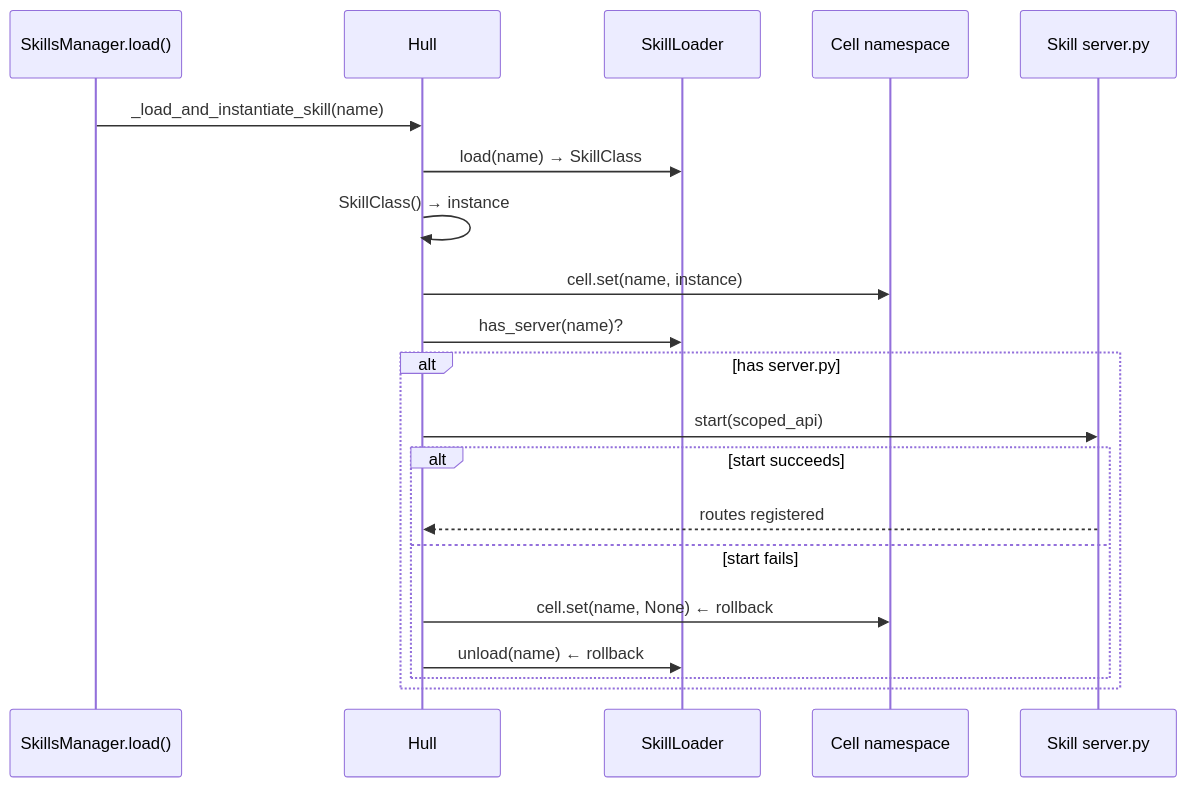
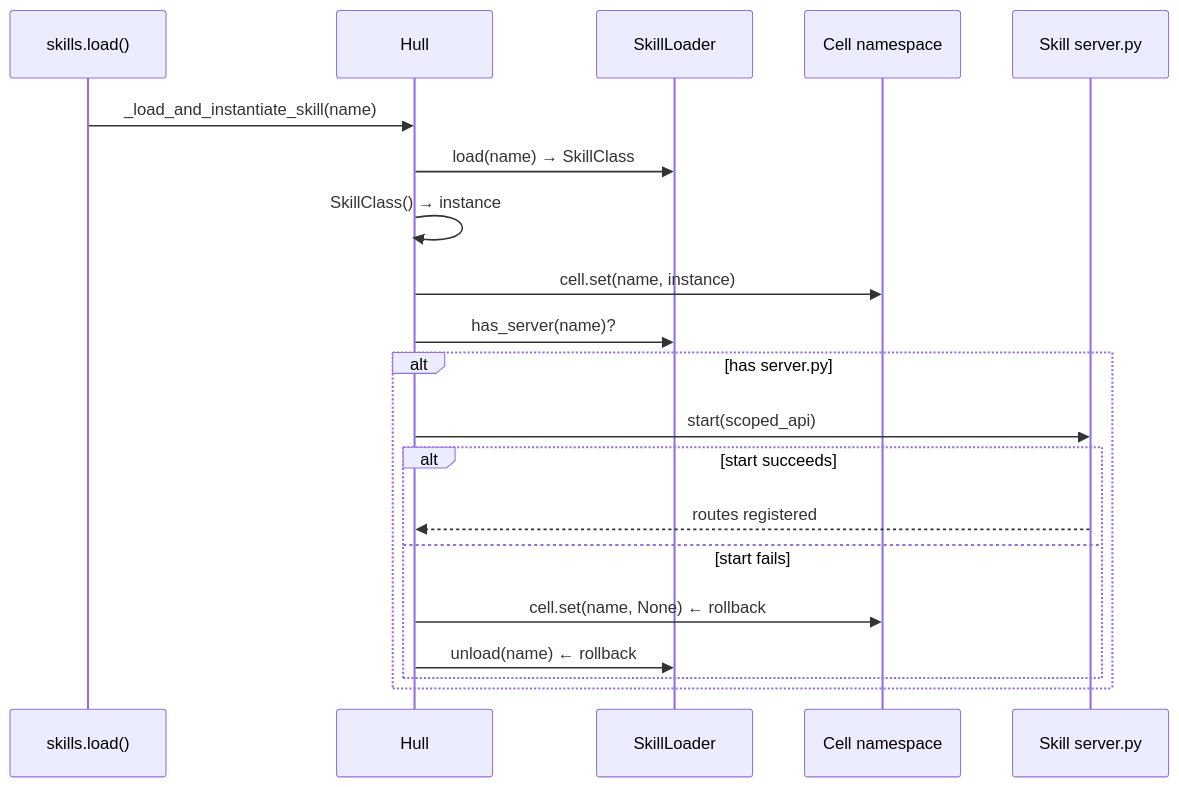
One commit to vessal-ai/vessal changed the second of 3 diagrams in src/vessal/ark/shell/hull/CONTEXT.md. Above: the diagram before and after it, drawn with Mermaid. The commit also changed other lines of this file and 2 other files, not shown here.

First line of the commit message:
chore(hull): remove skills_manager.py after merge

````diff
--- a/src/vessal/ark/shell/hull/CONTEXT.md
+++ b/src/vessal/ark/shell/hull/CONTEXT.md
@@ -52,24 +51,24 @@
 ```mermaid
 sequenceDiagram
-    participant Meta as SkillsManager.load()
+    participant Skills as skills.load()
     participant Hull
     participant SM as SkillLoader
     participant NS as Cell namespace
     participant Server as Skill server.py
 
-    Meta->>Hull: _load_and_instantiate_skill(name)
+    Skills->>Hull: _load_and_instantiate_skill(name)
     Hull->>SM: load(name) → SkillClass
     Hull->>Hull: SkillClass() → instance
     Hull->>NS: cell.set(name, instance)
 
     Hull->>SM: has_server(name)?
     alt has server.py
         Hull->>Server: start(scoped_api)
         alt start succeeds
             Server-->>Hull: routes registered
         else start fails
             Hull->>NS: cell.set(name, None)  ← rollback
             Hull->>SM: unload(name)          ← rollback
         end
     end
 ```
````
